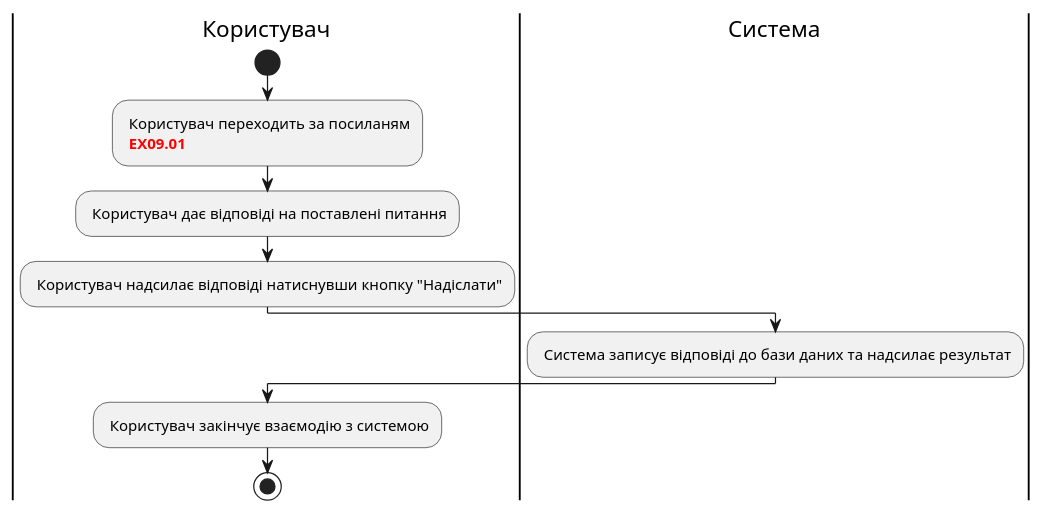
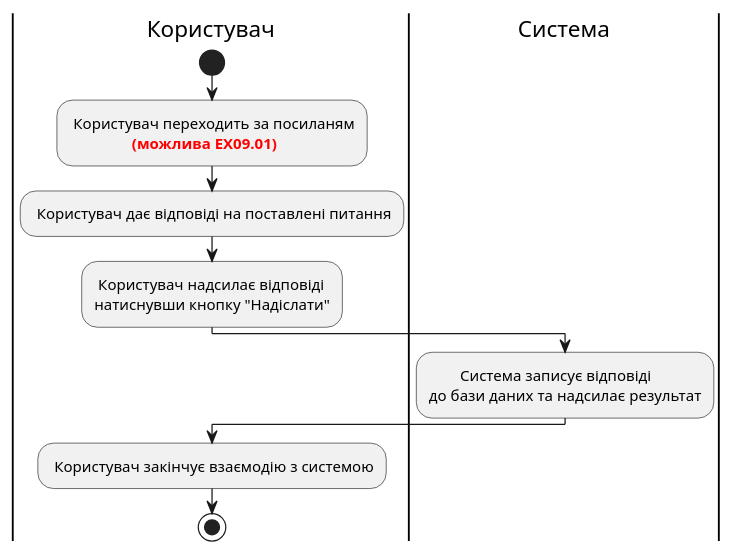
Diagram 13 of 16 in docs/use cases/README.md (edu-db/edu_db_labs), drawn with PlantUML before and after one commit. The commit also changed other lines of this file, not shown here.

```diff
--- a/docs/use cases/README.md
+++ b/docs/use cases/README.md
@@ -450,16 +417,15 @@
 @startuml
 
 |Користувач|
 start;
-: Користувач переходить за посиланям
-<font color="red"><b> ЕХ09.01;
+: Користувач переходить за посиланям\n\t\t<font color="red"><b>(можлива ЕХ09.01);
 : Користувач дає відповіді на поставлені питання;
-: Користувач надсилає відповіді натиснувши кнопку "Надіслати";
+: Користувач надсилає відповіді\nнатиснувши кнопку "Надіслати";
 |Система|
-: Система записує відповіді до бази даних та надсилає результат;
+: \tСистема записує відповіді\nдо бази даних та надсилає результат;
 
 |Користувач|
 : Користувач закінчує взаємодію з системою;
 |Користувач|
 stop;
 @enduml
```
